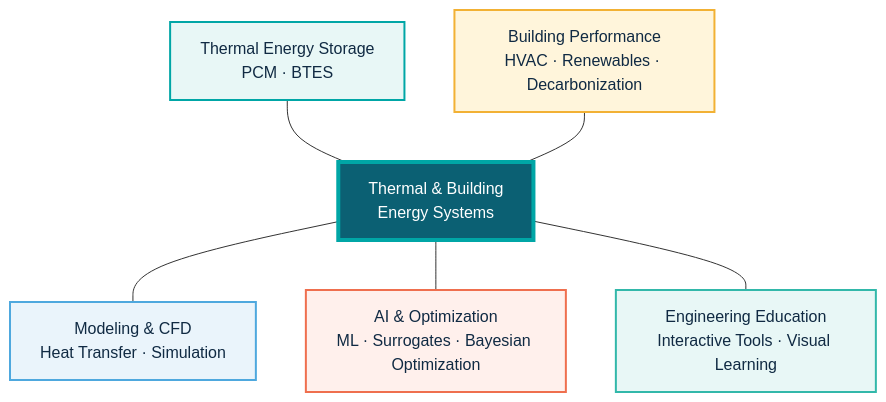
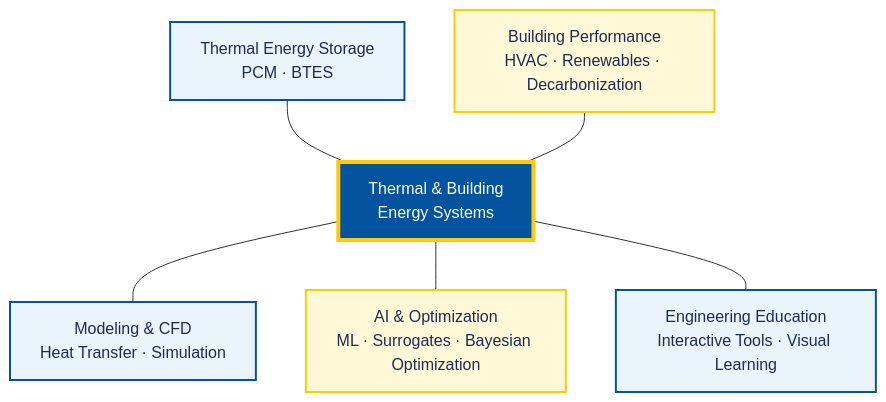
The diagram in README.md (nuhaaljuneidi/nuhaaljuneidi), drawn with Mermaid before and after one commit. The commit also changed other lines of this file, not shown here.

Commit message:
Update current affiliation and profile branding

````diff
--- a/README.md
+++ b/README.md
@@ -20,22 +22,22 @@
 ```mermaid
 flowchart TB
     CORE["Thermal & Building<br/>Energy Systems"]
     TES["Thermal Energy Storage<br/>PCM · BTES"]
     BLDG["Building Performance<br/>HVAC · Renewables · Decarbonization"]
     CFD["Modeling & CFD<br/>Heat Transfer · Simulation"]
     AI["AI & Optimization<br/>ML · Surrogates · Bayesian Optimization"]
     EDU["Engineering Education<br/>Interactive Tools · Visual Learning"]
 
     TES --- CORE
     BLDG --- CORE
     CORE --- CFD
     CORE --- AI
     CORE --- EDU
 
-    style CORE fill:#0B6073,color:#fff,stroke:#00A6A6,stroke-width:4px
-    style TES fill:#E8F7F6,color:#102A43,stroke:#00A6A6,stroke-width:2px
-    style BLDG fill:#FFF5DB,color:#102A43,stroke:#F2B134,stroke-width:2px
-    style CFD fill:#EAF4FB,color:#102A43,stroke:#4EA8DE,stroke-width:2px
-    style AI fill:#FFF0EC,color:#102A43,stroke:#EF6F4E,stroke-width:2px
-    style EDU fill:#E8F7F6,color:#102A43,stroke:#32B8AA,stroke-width:2px
+    style CORE fill:#03539E,color:#fff,stroke:#FFCB06,stroke-width:4px
+    style TES fill:#EAF4FB,color:#1C2B57,stroke:#03539E,stroke-width:2px
+    style BLDG fill:#FFF8D6,color:#1C2B57,stroke:#FFCB06,stroke-width:2px
+    style CFD fill:#EAF4FB,color:#1C2B57,stroke:#03539E,stroke-width:2px
+    style AI fill:#FFF8D6,color:#1C2B57,stroke:#FFCB06,stroke-width:2px
+    style EDU fill:#EAF4FB,color:#1C2B57,stroke:#03539E,stroke-width:2px
 ```
````
